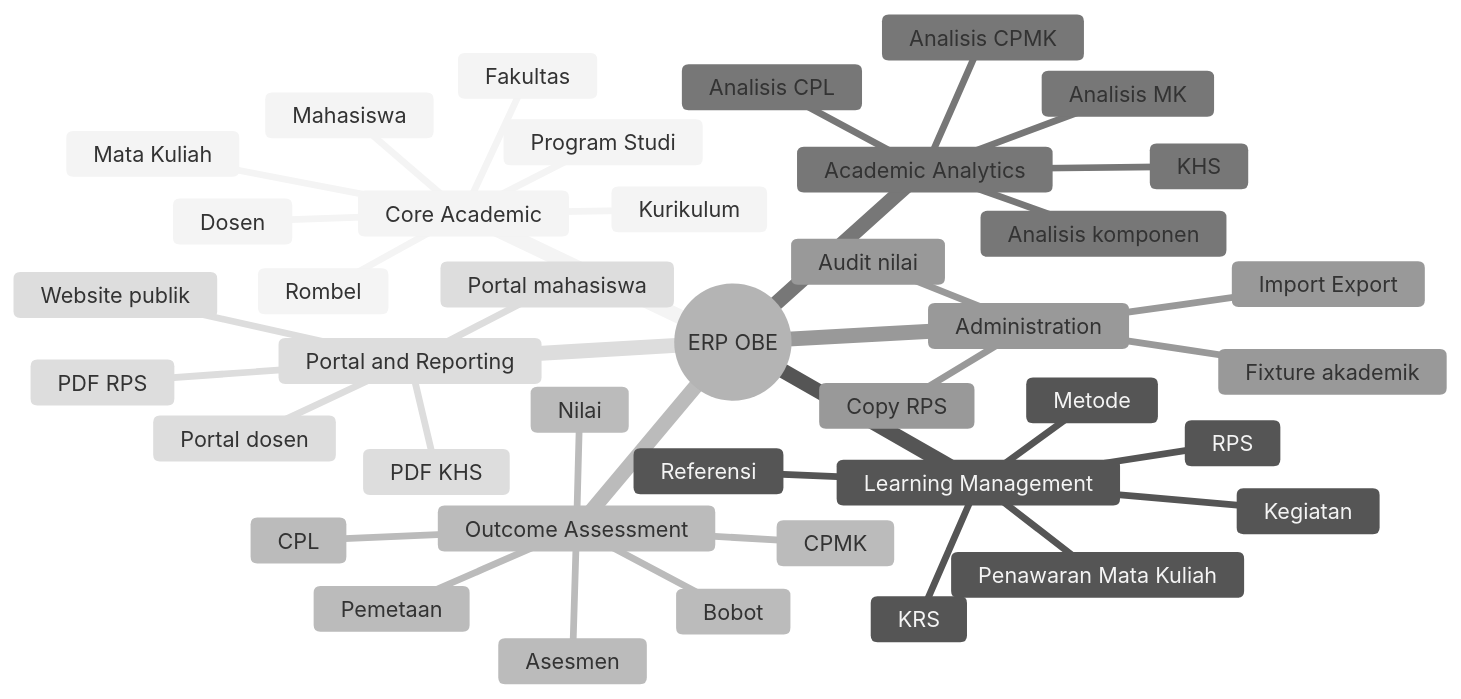
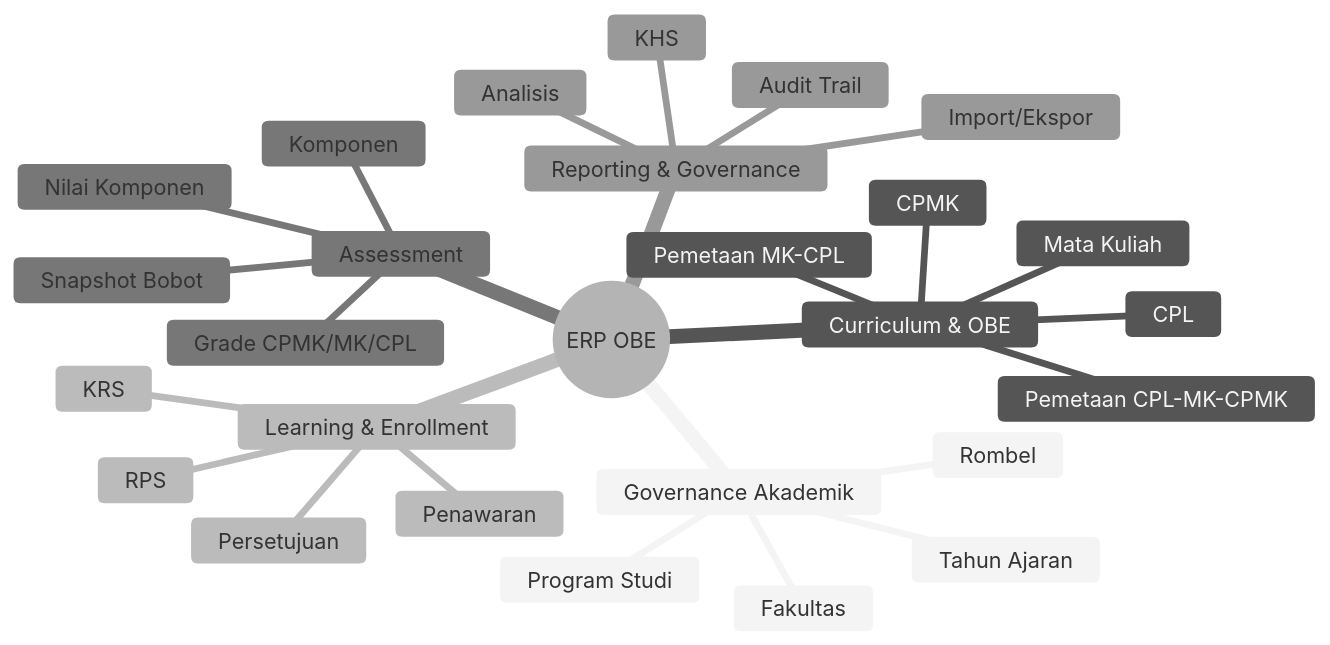
Before and after one commit to SesaSatriva/erpobe_odoo19: the second of 10 diagrams in docs/skripsi/enterprise-architecture.md, drawn with Mermaid (neutral theme). The commit also changed other lines of this file, not shown here.

Commit message:
Doc : Fixed Enterprise Architecture

````diff
--- a/docs/skripsi/enterprise-architecture.md
+++ b/docs/skripsi/enterprise-architecture.md
@@ -154,43 +169,30 @@
 ```mermaid
 mindmap
   root((ERP OBE))
-    Core Academic
+    Governance Akademik
       Fakultas
       Program Studi
-      Kurikulum
+      Tahun Ajaran
+      Rombel
+    Curriculum & OBE
       Mata Kuliah
-      Rombel
-      Dosen
-      Mahasiswa
-    Learning Management
-      Penawaran Mata Kuliah
-      KRS
-      RPS
-      Kegiatan
-      Metode
-      Referensi
-    Outcome Assessment
       CPL
       CPMK
-      Pemetaan
-      Bobot
-      Asesmen
-      Nilai
-    Academic Analytics
+      Pemetaan MK-CPL
+      Pemetaan CPL-MK-CPMK
+    Learning & Enrollment
+      Penawaran
+      RPS
+      KRS
+      Persetujuan
+    Assessment
+      Komponen
+      Snapshot Bobot
+      Nilai Komponen
+      Grade CPMK/MK/CPL
+    Reporting & Governance
       KHS
-      Analisis MK
-      Analisis CPMK
-      Analisis CPL
-      Analisis komponen
-    Administration
-      Import Export
-      Copy RPS
-      Audit nilai
-      Fixture akademik
-    Portal and Reporting
-      Portal mahasiswa
-      Portal dosen
-      Website publik
-      PDF KHS
-      PDF RPS
+      Analisis
+      Audit Trail
+      Import/Ekspor
 ```
````
